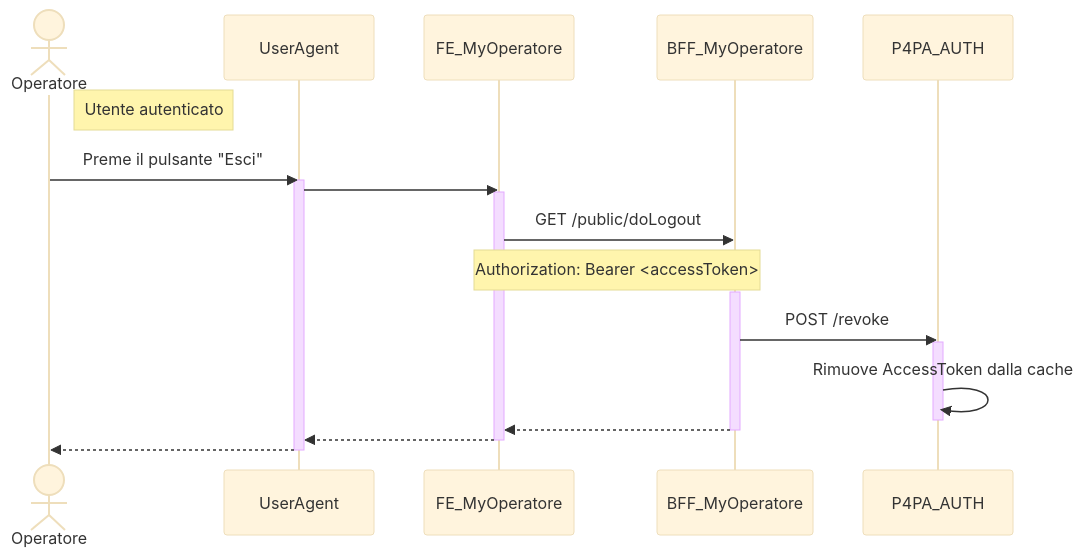
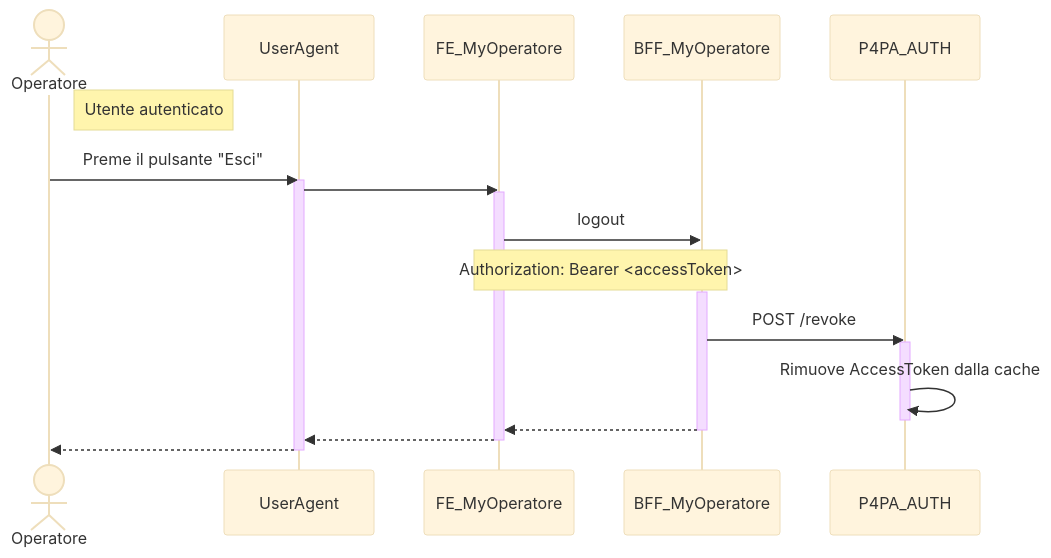
The diagram in design/auth/sequence_logout.mmd (pagopa/p4pa-doc), drawn with Mermaid (base theme) before and after one commit. The commit also changed 2 other files, not shown here.

```diff
--- a/design/auth/sequence_logout.mmd
+++ b/design/auth/sequence_logout.mmd
@@ -1,30 +1,30 @@
 sequenceDiagram
     actor Operatore
     participant UserAgent
     participant FE as FE_MyOperatore
     participant BFF as BFF_MyOperatore
     participant AUTH as P4PA_AUTH
 
     note right of Operatore: Utente autenticato
 
     Operatore ->> UserAgent: Preme il pulsante "Esci"
 
     activate UserAgent
         UserAgent ->> FE: #
         activate FE
-            FE ->> BFF: GET /public/doLogout
+            FE ->> BFF: logout
             note over FE, BFF: Authorization: Bearer <accessToken>
 
             activate BFF
                 BFF ->> AUTH: POST /revoke
                 activate AUTH
                     AUTH ->> AUTH: Rimuove AccessToken dalla cache
                 deactivate AUTH
 
                 BFF -->> FE: #
             deactivate BFF
 
             FE -->> UserAgent: #
         deactivate FE
         UserAgent -->> Operatore: #
     deactivate UserAgent
```
